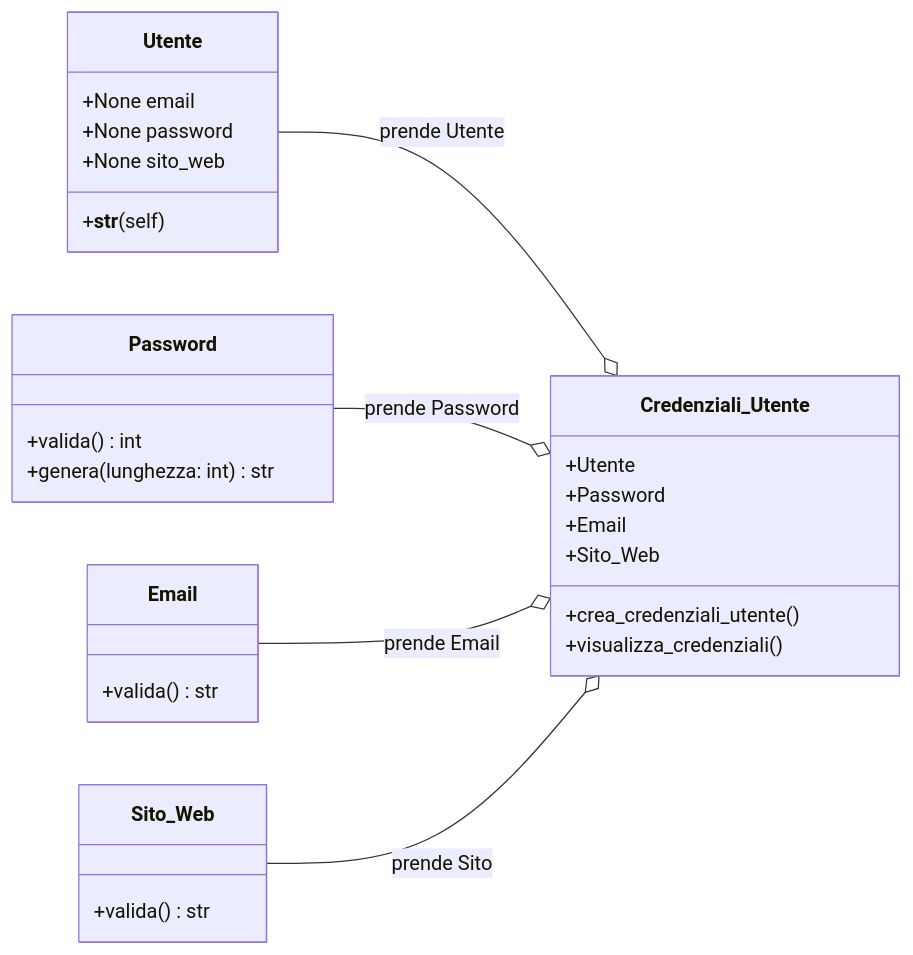
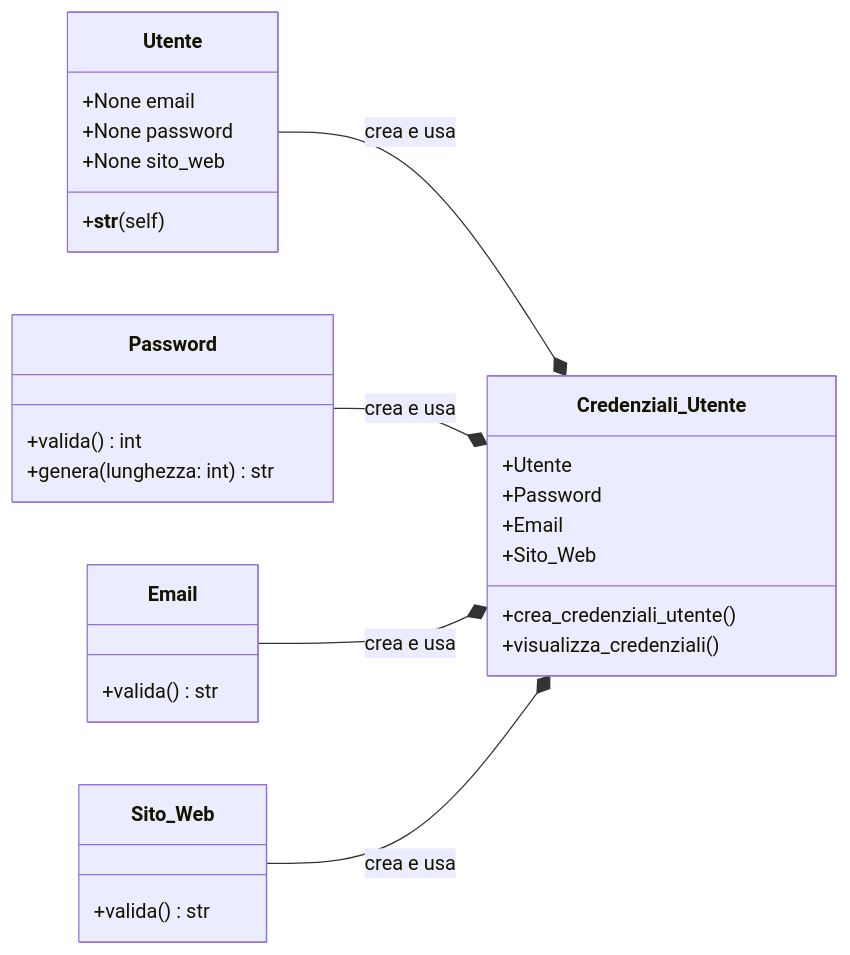
The diagram in README.md (KamilIbragimov/Progetto_Galo_Di_Natale), drawn with Mermaid before and after one commit. The commit also changed other lines of this file, not shown here.

Commit message:
mermaid fix

````diff
--- a/README.md
+++ b/README.md
@@ -34,44 +34,42 @@
 ```mermaid           
 classDiagram
     direction RL
 
     class Email {
         +valida() str
     }
 
     class Sito_Web {
         +valida() str
     }
 
     class Utente {
         +None email
         +None password
         +None sito_web
         +__str__(self)
     }
 
     class Password {
         +valida() int
         +genera(lunghezza: int) str
     }
 
     class Credenziali_Utente {
         
         +crea_credenziali_utente()
         +visualizza_credenziali()
     }
     
     %% Oggetti presi dalle classi.
     Credenziali_Utente : +Utente
     Credenziali_Utente : +Password
     Credenziali_Utente : +Email
     Credenziali_Utente : +Sito_Web
-
-    %% Relazioni tra le classi. 
-    Credenziali_Utente o-- Utente : prende Utente
-    Credenziali_Utente o-- Password : prende Password
-    Credenziali_Utente o-- Email : prende Email
-    Credenziali_Utente o-- Sito_Web : prende Sito
-    
-
+ %% Relazioni tra le classi. 
+    Credenziali_Utente *-- Utente : crea e usa
+    Credenziali_Utente *-- Password : crea e usa
+    Credenziali_Utente *-- Email : crea e usa
+    Credenziali_Utente *-- Sito_Web : crea e usa
+   
 ```
````
